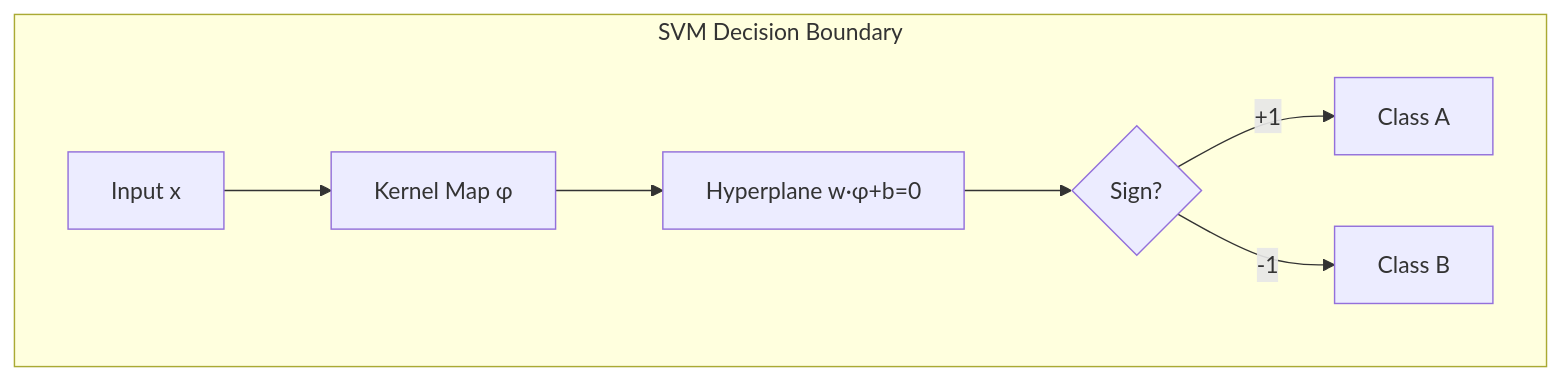
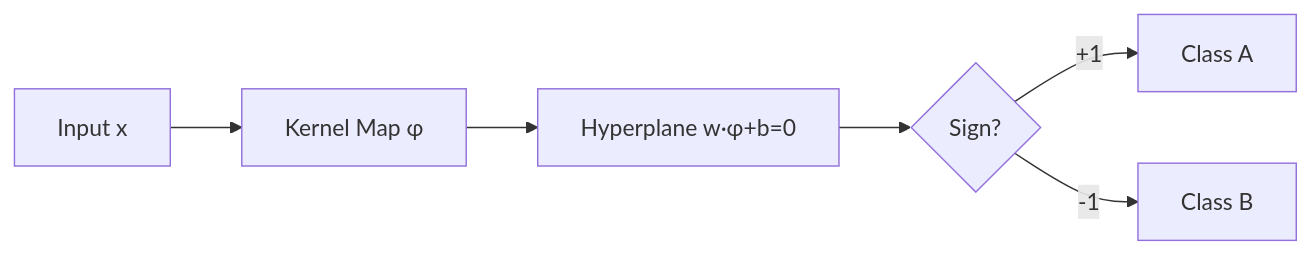
One commit to equalfm3/MLCLASSICALIMPLEMENTATION changed the second of 6 diagrams in README.md. Above: the diagram before and after it, drawn with Mermaid. The commit also changed other lines of this file, not shown here.

Commit message:
Fix mermaid: remove subgraphs and style directives for GitHub rendering

````diff
--- a/README.md
+++ b/README.md
@@ -48,11 +39,8 @@
 ```mermaid
 graph LR
-    subgraph SVM Decision Boundary
-        direction LR
-        A[Input x] --> B[Kernel Map φ]
-        B --> C[Hyperplane w·φ+b=0]
-        C --> D{Sign?}
-        D -->|+1| E[Class A]
-        D -->|-1| F[Class B]
-    end
+    A[Input x] --> B[Kernel Map φ]
+    B --> C["Hyperplane w·φ+b=0"]
+    C --> D{Sign?}
+    D -->|+1| E[Class A]
+    D -->|-1| F[Class B]
 ```
````
